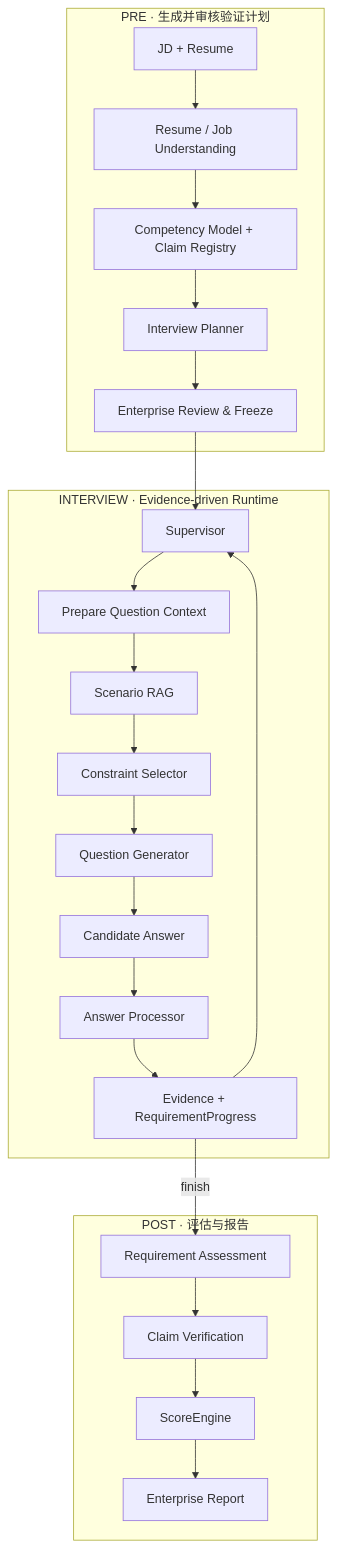
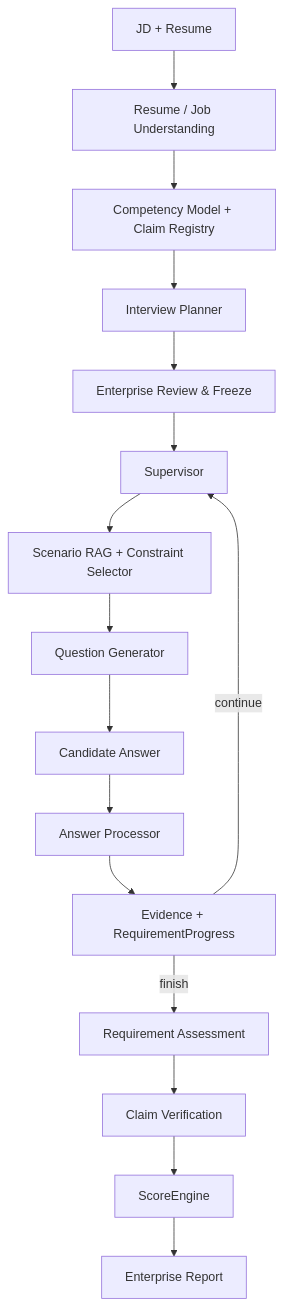
Before and after one commit to hr-huang/AI_Interview: the diagram in README.md, drawn with Mermaid. The commit also changed other lines of this file, not shown here.

````diff
--- a/README.md
+++ b/README.md
@@ -164,29 +119,20 @@
 ```mermaid
 flowchart TB
-    subgraph PRE["PRE · 生成并审核验证计划"]
-        A1[JD + Resume] --> A2[Resume / Job Understanding]
-        A2 --> A3[Competency Model + Claim Registry]
-        A3 --> A4[Interview Planner]
-        A4 --> A5[Enterprise Review & Freeze]
-    end
+    A[JD + Resume] --> B[Resume / Job Understanding]
+    B --> C[Competency Model + Claim Registry]
+    C --> D[Interview Planner]
+    D --> E[Enterprise Review & Freeze]
 
-    subgraph INT["INTERVIEW · Evidence-driven Runtime"]
-        B1[Supervisor] --> B2[Prepare Question Context]
-        B2 --> B3[Scenario RAG]
-        B3 --> B4[Constraint Selector]
-        B4 --> B5[Question Generator]
-        B5 --> B6[Candidate Answer]
-        B6 --> B7[Answer Processor]
-        B7 --> B8[Evidence + RequirementProgress]
-        B8 --> B1
-    end
+    E --> F[Supervisor]
+    F --> G[Scenario RAG + Constraint Selector]
+    G --> H[Question Generator]
+    H --> I[Candidate Answer]
+    I --> J[Answer Processor]
+    J --> K[Evidence + RequirementProgress]
+    K -->|continue| F
 
-    subgraph POST["POST · 评估与报告"]
-        C1[Requirement Assessment] --> C2[Claim Verification]
-        C2 --> C3[ScoreEngine]
-        C3 --> C4[Enterprise Report]
-    end
-
-    A5 --> B1
-    B8 -->|finish| C1
+    K -->|finish| L[Requirement Assessment]
+    L --> M[Claim Verification]
+    M --> N[ScoreEngine]
+    N --> O[Enterprise Report]
 ```
````
